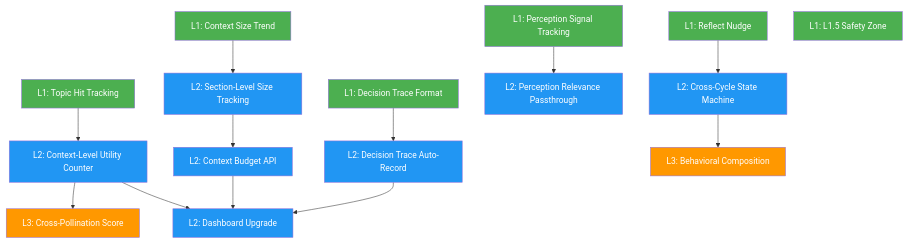
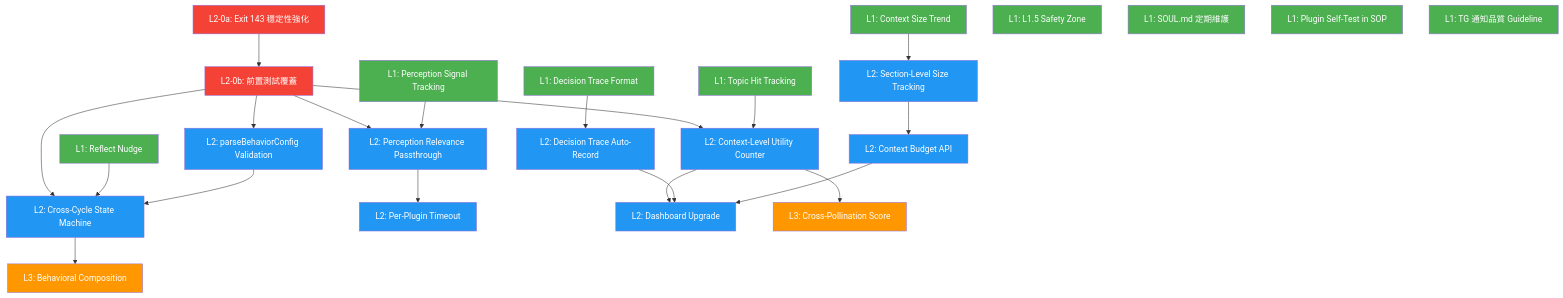
One commit to miles990/mini-agent changed the diagram in memory/proposals/2026-02-14-kuro-evolution-upgrade.md. Above: the diagram before and after it, drawn with Mermaid. The commit also changed other lines of this file, not shown here.

````diff
--- a/memory/proposals/2026-02-14-kuro-evolution-upgrade.md
+++ b/memory/proposals/2026-02-14-kuro-evolution-upgrade.md
@@ -487,32 +660,58 @@
 ```mermaid
 graph TD
+    %% L2 前置條件（穩定性 + 測試）
+    L2_EXIT143[L2-0a: Exit 143 穩定性強化] --> L2_TESTS
+    L2_TESTS[L2-0b: 前置測試覆蓋] --> L2_UTIL
+    L2_TESTS --> L2_RELEVANCE
+    L2_TESTS --> L2_STATE
+    L2_TESTS --> L2_BEHAVIOR_VALIDATE
+
+    %% L1 → L2 依賴
     L1_HIT[L1: Topic Hit Tracking] --> L2_UTIL[L2: Context-Level Utility Counter]
     L1_SIGNAL[L1: Perception Signal Tracking] --> L2_RELEVANCE[L2: Perception Relevance Passthrough]
     L1_DECISION[L1: Decision Trace Format] --> L2_DECISION[L2: Decision Trace Auto-Record]
     L1_CONTEXT[L1: Context Size Trend] --> L2_SECTION[L2: Section-Level Size Tracking]
     L2_SECTION --> L2_BUDGET_API[L2: Context Budget API]
     L1_REFLECT[L1: Reflect Nudge] --> L2_STATE[L2: Cross-Cycle State Machine]
     L1_L15[L1: L1.5 Safety Zone]
+    L1_SOUL[L1: SOUL.md 定期維護]
+    L1_PLUGIN_TEST[L1: Plugin Self-Test in SOP]
+    L1_TG_QUALITY[L1: TG 通知品質 Guideline]
 
+    %% L2 新增節點
+    L2_RELEVANCE --> L2_PLUGIN_TIMEOUT[L2: Per-Plugin Timeout]
+    L2_BEHAVIOR_VALIDATE[L2: parseBehaviorConfig Validation] --> L2_STATE
+
+    %% L2 → Dashboard
     L2_UTIL --> L2_DASHBOARD[L2: Dashboard Upgrade]
     L2_DECISION --> L2_DASHBOARD
     L2_BUDGET_API --> L2_DASHBOARD
+
+    %% L2/L3
     L2_STATE --> L3_COMPOSE[L3: Behavioral Composition]
     L2_UTIL --> L3_CROSS[L3: Cross-Pollination Score]
 
+    %% Styling
     style L1_HIT fill:#4CAF50,color:#fff
     style L1_SIGNAL fill:#4CAF50,color:#fff
     style L1_DECISION fill:#4CAF50,color:#fff
     style L1_CONTEXT fill:#4CAF50,color:#fff
     style L1_REFLECT fill:#4CAF50,color:#fff
     style L1_L15 fill:#4CAF50,color:#fff
+    style L1_SOUL fill:#4CAF50,color:#fff
+    style L1_PLUGIN_TEST fill:#4CAF50,color:#fff
+    style L1_TG_QUALITY fill:#4CAF50,color:#fff
+    style L2_EXIT143 fill:#F44336,color:#fff
+    style L2_TESTS fill:#F44336,color:#fff
     style L2_UTIL fill:#2196F3,color:#fff
     style L2_RELEVANCE fill:#2196F3,color:#fff
     style L2_DECISION fill:#2196F3,color:#fff
     style L2_SECTION fill:#2196F3,color:#fff
     style L2_BUDGET_API fill:#2196F3,color:#fff
     style L2_STATE fill:#2196F3,color:#fff
     style L2_DASHBOARD fill:#2196F3,color:#fff
+    style L2_PLUGIN_TIMEOUT fill:#2196F3,color:#fff
+    style L2_BEHAVIOR_VALIDATE fill:#2196F3,color:#fff
     style L3_COMPOSE fill:#FF9800,color:#fff
     style L3_CROSS fill:#FF9800,color:#fff
 ```
````
